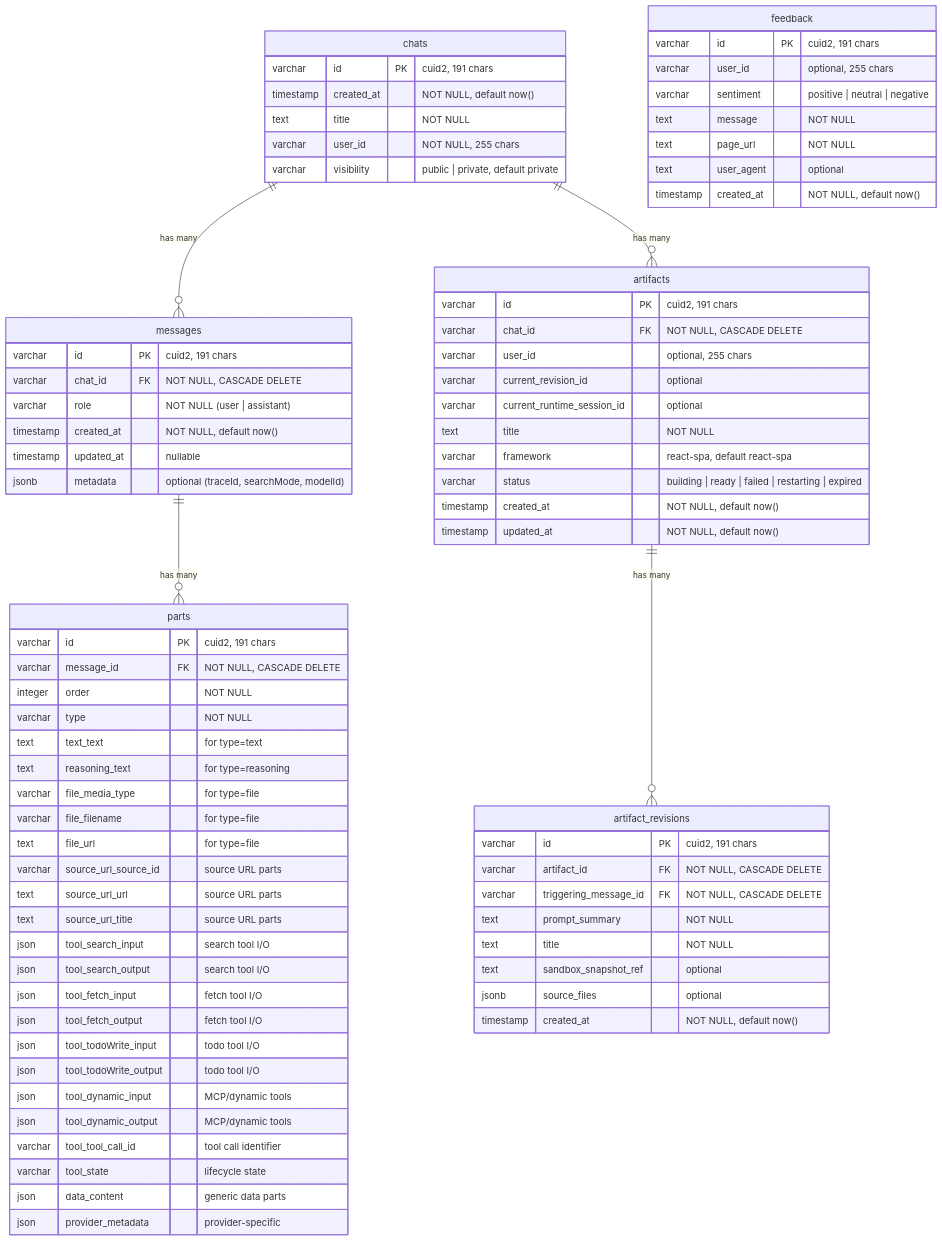
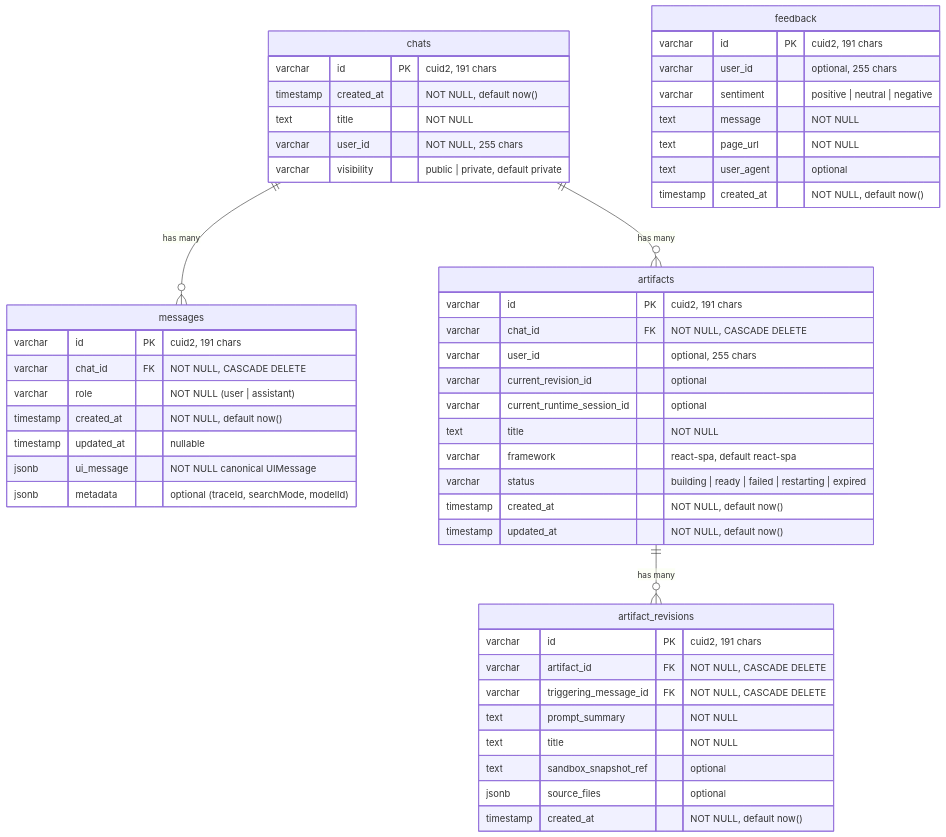
Before and after one commit to NickB03/polymorph: the fifth of 10 diagrams in docs/architecture/OVERVIEW.md, drawn with Mermaid. The commit also changed other lines of this file and 53 other files, not shown here.

````diff
--- a/docs/architecture/OVERVIEW.md
+++ b/docs/architecture/OVERVIEW.md
@@ -393,34 +392,8 @@
         varchar role "NOT NULL (user | assistant)"
         timestamp created_at "NOT NULL, default now()"
         timestamp updated_at "nullable"
+        jsonb ui_message "NOT NULL canonical UIMessage"
         jsonb metadata "optional (traceId, searchMode, modelId)"
-    }
-
-    parts {
-        varchar id PK "cuid2, 191 chars"
-        varchar message_id FK "NOT NULL, CASCADE DELETE"
-        integer order "NOT NULL"
-        varchar type "NOT NULL"
-        text text_text "for type=text"
-        text reasoning_text "for type=reasoning"
-        varchar file_media_type "for type=file"
-        varchar file_filename "for type=file"
-        text file_url "for type=file"
-        varchar source_url_source_id "source URL parts"
-        text source_url_url "source URL parts"
-        text source_url_title "source URL parts"
-        json tool_search_input "search tool I/O"
-        json tool_search_output "search tool I/O"
-        json tool_fetch_input "fetch tool I/O"
-        json tool_fetch_output "fetch tool I/O"
-        json tool_todoWrite_input "todo tool I/O"
-        json tool_todoWrite_output "todo tool I/O"
-        json tool_dynamic_input "MCP/dynamic tools"
-        json tool_dynamic_output "MCP/dynamic tools"
-        varchar tool_tool_call_id "tool call identifier"
-        varchar tool_state "lifecycle state"
-        json data_content "generic data parts"
-        json provider_metadata "provider-specific"
     }
 
     artifacts {
@@ -458,7 +431,6 @@
     }
 
     chats ||--o{ messages : "has many"
-    messages ||--o{ parts : "has many"
     chats ||--o{ artifacts : "has many"
     artifacts ||--o{ artifact_revisions : "has many"
 ```
````
